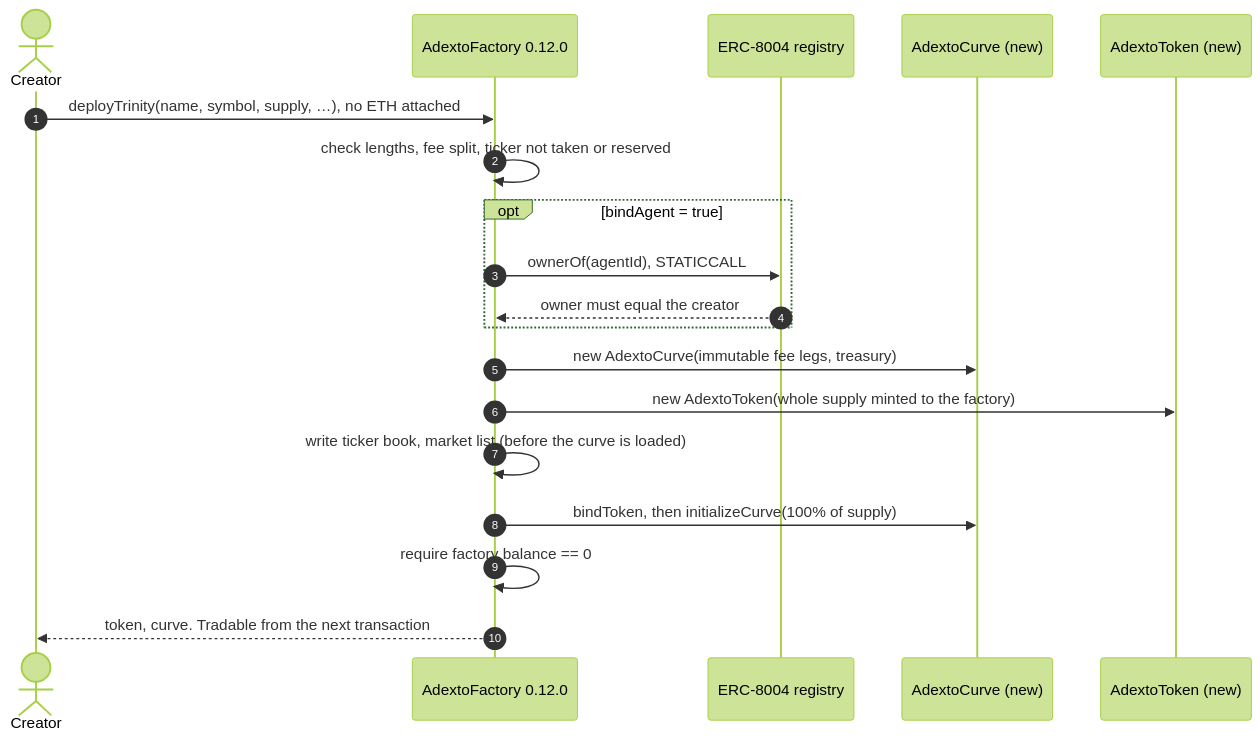
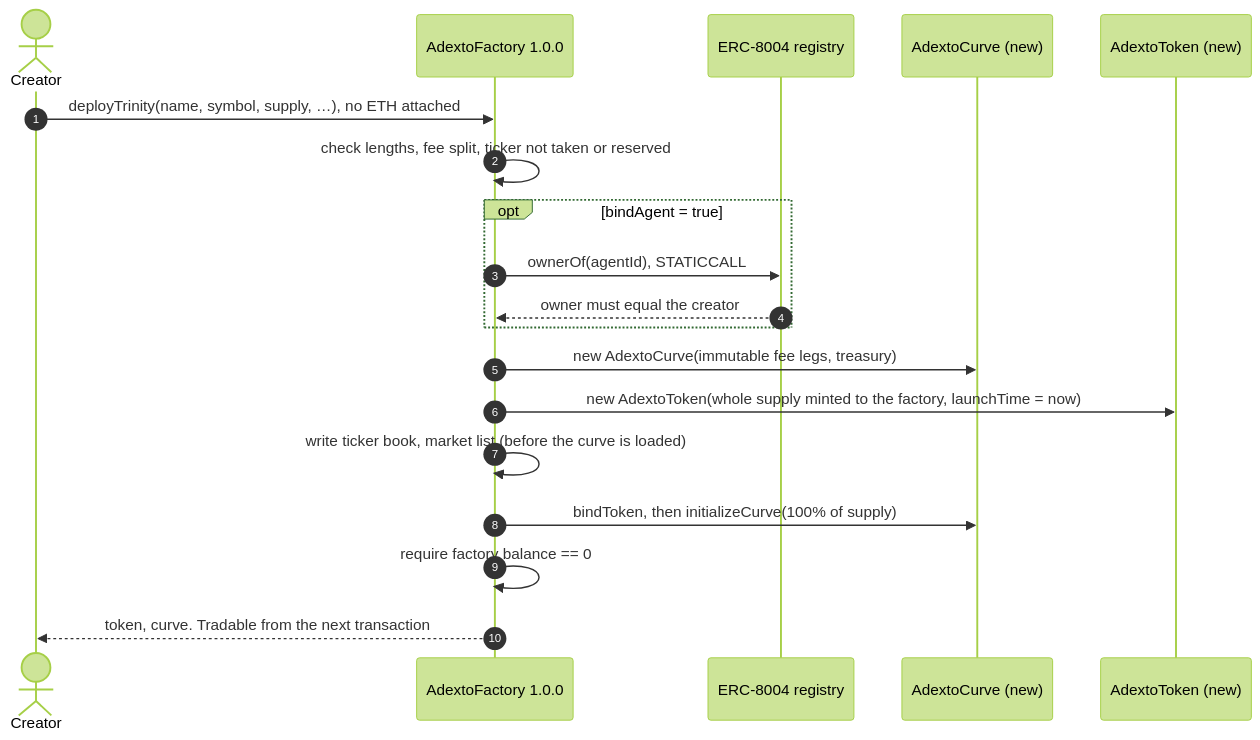
One commit to 0xcuy/adexto-arbitrum changed the first of 2 diagrams in docs/ARCHITECTURE.md. Above: the diagram before and after it, drawn with Mermaid (forest theme). The commit also changed other lines of this file and 3 other files, not shown here.

````diff
--- a/docs/ARCHITECTURE.md
+++ b/docs/ARCHITECTURE.md
@@ -41,22 +43,22 @@
 ```mermaid
 sequenceDiagram
     autonumber
     actor C as Creator
-    participant F as AdextoFactory 0.12.0
+    participant F as AdextoFactory 1.0.0
     participant R as ERC-8004 registry
     participant K as AdextoCurve (new)
     participant T as AdextoToken (new)
 
     C->>F: deployTrinity(name, symbol, supply, …), no ETH attached
     F->>F: check lengths, fee split, ticker not taken or reserved
     opt bindAgent = true
         F->>R: ownerOf(agentId), STATICCALL
         R-->>F: owner must equal the creator
     end
     F->>K: new AdextoCurve(immutable fee legs, treasury)
-    F->>T: new AdextoToken(whole supply minted to the factory)
+    F->>T: new AdextoToken(whole supply minted to the factory, launchTime = now)
     F->>F: write ticker book, market list (before the curve is loaded)
     F->>K: bindToken, then initializeCurve(100% of supply)
     F->>F: require factory balance == 0
     F-->>C: token, curve. Tradable from the next transaction
 ```
````
